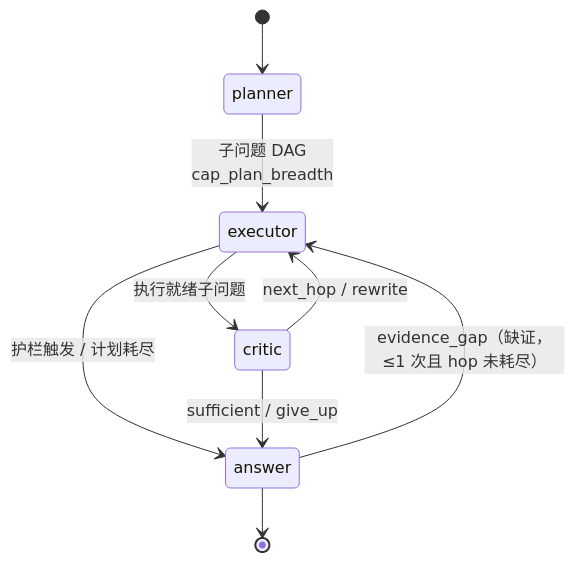
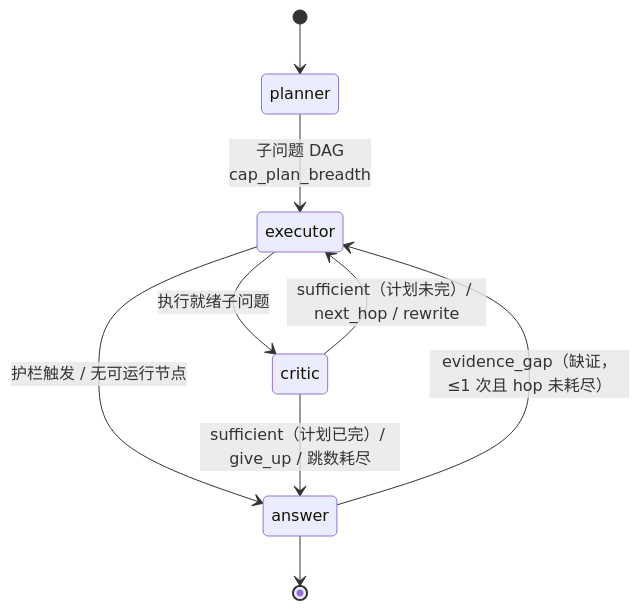
The fourth of 17 diagrams in docs/ARCHITECTURE.md (RightCloudhub/AG), drawn with Mermaid before and after one commit. The commit also changed other lines of this file and 70 other files, not shown here.

````diff
--- a/docs/ARCHITECTURE.md
+++ b/docs/ARCHITECTURE.md
@@ -141,11 +141,11 @@
 ```mermaid
 stateDiagram-v2
     [*] --> planner
     planner --> executor: 子问题 DAG<br/>cap_plan_breadth
     executor --> critic: 执行就绪子问题
-    executor --> answer: 护栏触发 / 计划耗尽
-    critic --> executor: next_hop / rewrite
-    critic --> answer: sufficient / give_up
+    executor --> answer: 护栏触发 / 无可运行节点
+    critic --> executor: sufficient（计划未完）/ next_hop / rewrite
+    critic --> answer: sufficient（计划已完）/ give_up / 跳数耗尽
     answer --> executor: evidence_gap（缺证，≤1 次且 hop 未耗尽）
     answer --> [*]
 ```
````
